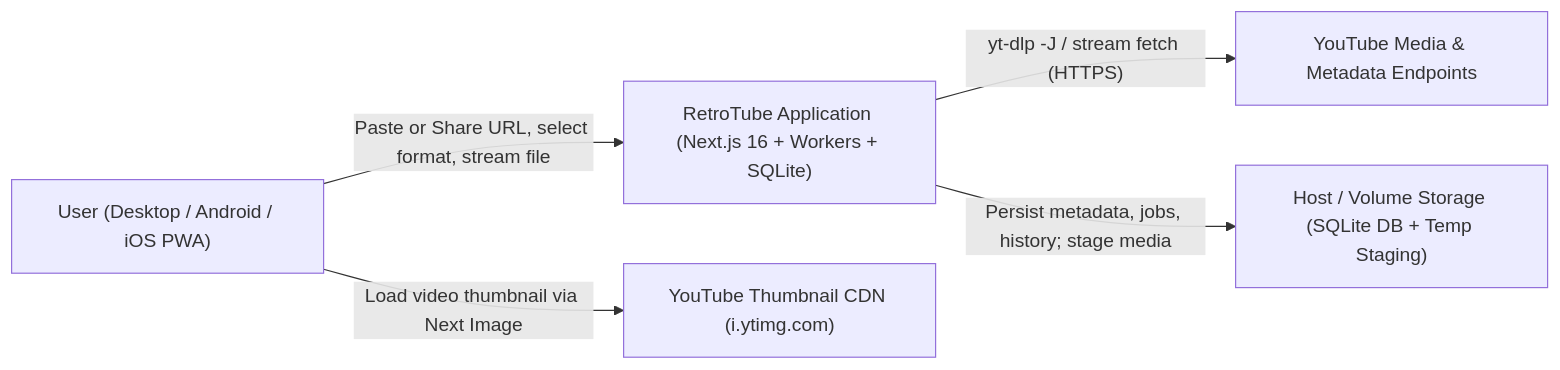
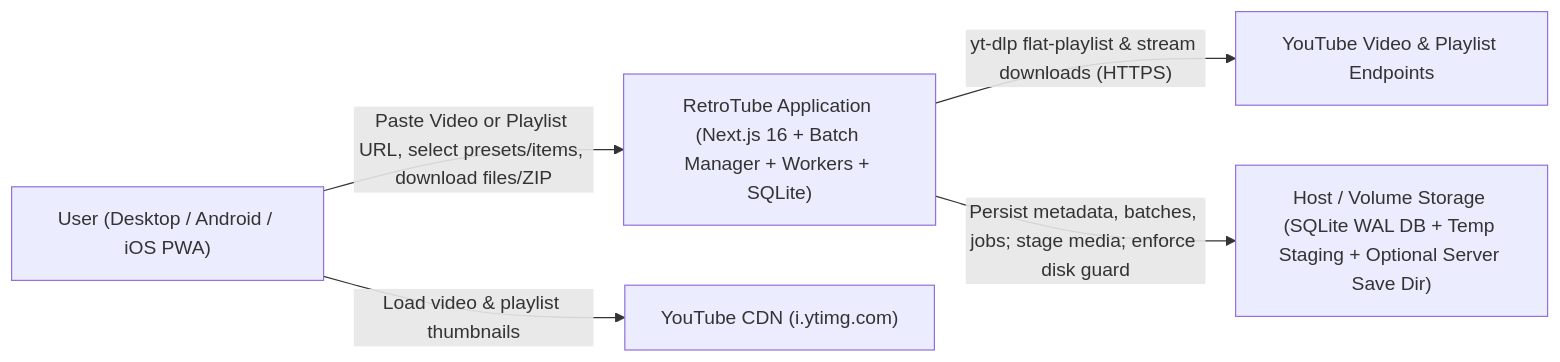
The first of 5 diagrams in docs/HLD.md (ensachin5/RetroTube), drawn with Mermaid before and after one commit. The commit also changed other lines of this file and 61 other files, not shown here.

````diff
--- a/docs/HLD.md
+++ b/docs/HLD.md
@@ -18,13 +20,13 @@
 ```mermaid
 flowchart LR
     User["User (Desktop / Android / iOS PWA)"]
-    RetroTube["RetroTube Application (Next.js 16 + Workers + SQLite)"]
-    YouTube["YouTube Media & Metadata Endpoints"]
-    ThumbCDN["YouTube Thumbnail CDN (i.ytimg.com)"]
-    LocalFS["Host / Volume Storage (SQLite DB + Temp Staging)"]
+    RetroTube["RetroTube Application (Next.js 16 + Batch Manager + Workers + SQLite)"]
+    YouTube["YouTube Video & Playlist Endpoints"]
+    ThumbCDN["YouTube CDN (i.ytimg.com)"]
+    LocalFS["Host / Volume Storage (SQLite WAL DB + Temp Staging + Optional Server Save Dir)"]
 
-    User -->|"Paste or Share URL, select format, stream file"| RetroTube
-    User -->|"Load video thumbnail via Next Image"| ThumbCDN
-    RetroTube -->|"yt-dlp -J / stream fetch (HTTPS)"| YouTube
-    RetroTube -->|"Persist metadata, jobs, history; stage media"| LocalFS
+    User -->|"Paste Video or Playlist URL, select presets/items, download files/ZIP"| RetroTube
+    User -->|"Load video & playlist thumbnails"| ThumbCDN
+    RetroTube -->|"yt-dlp flat-playlist & stream downloads (HTTPS)"| YouTube
+    RetroTube -->|"Persist metadata, batches, jobs; stage media; enforce disk guard"| LocalFS
 ```
````
